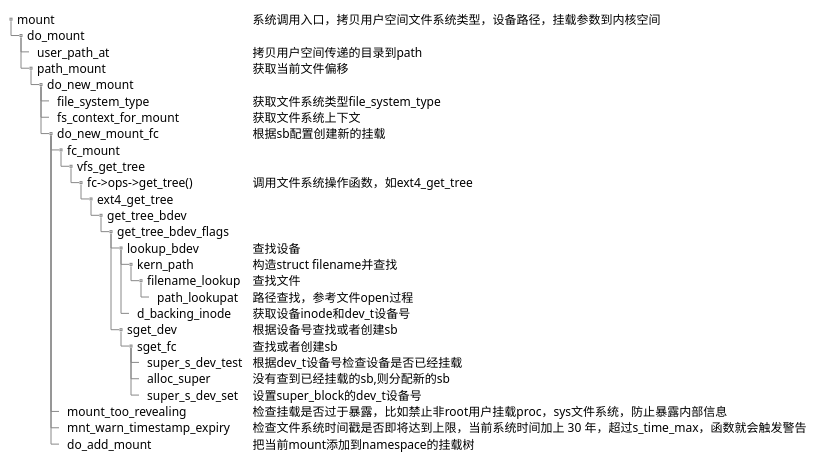
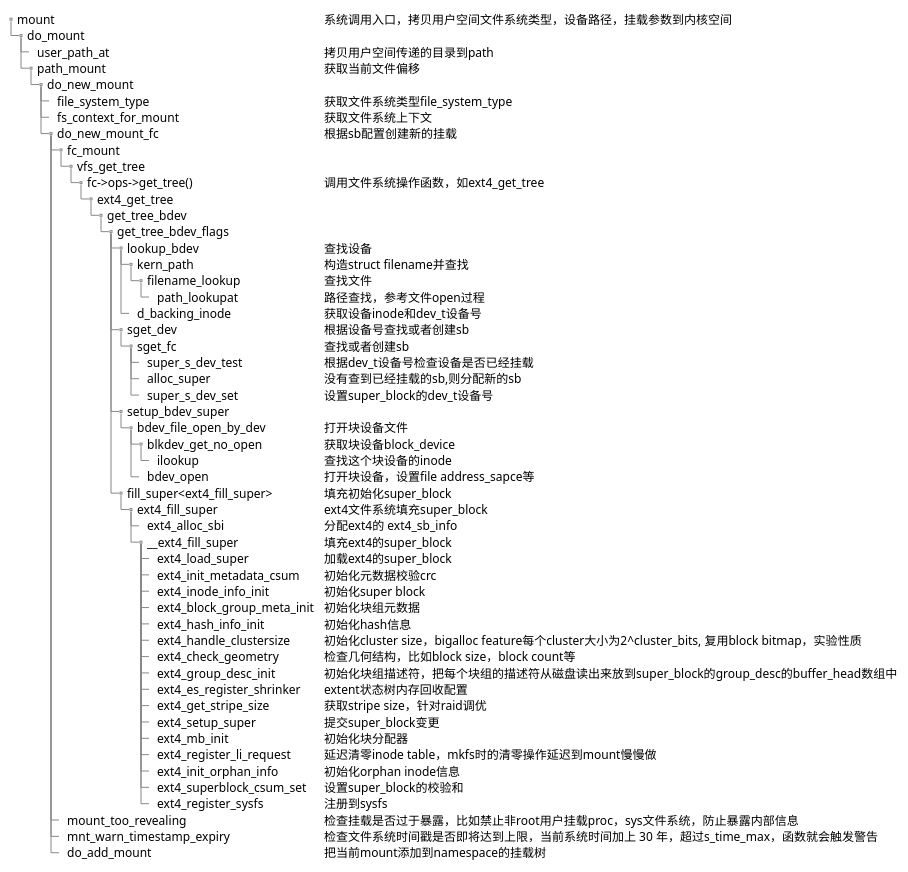
One commit to hml1006/linux-comment changed the fourth of 4 diagrams in notes/fs.md. Above: the diagram before and after it, drawn with PlantUML. The commit also changed other lines of this file and 2 other files, not shown here.

````diff
--- a/notes/fs.md
+++ b/notes/fs.md
@@ -234,35 +413,60 @@
 ```plantuml
 @startsalt
 {{T
 + mount | 系统调用入口，拷贝用户空间文件系统类型，设备路径，挂载参数到内核空间
 ++ do_mount
 +++ user_path_at    | 拷贝用户空间传递的目录到path
 +++ path_mount | 获取当前文件偏移
 ++++ do_new_mount
 +++++ file_system_type | 获取文件系统类型file_system_type
 +++++ fs_context_for_mount | 获取文件系统上下文
 +++++ do_new_mount_fc   | 根据sb配置创建新的挂载
 ++++++ fc_mount
 +++++++ vfs_get_tree
 ++++++++ fc->ops->get_tree()    | 调用文件系统操作函数，如ext4_get_tree
 +++++++++ ext4_get_tree
 ++++++++++ get_tree_bdev
 +++++++++++ get_tree_bdev_flags
 ++++++++++++ lookup_bdev    | 查找设备
 +++++++++++++ kern_path | 构造struct filename并查找
 ++++++++++++++ filename_lookup | 查找文件
 +++++++++++++++ path_lookupat | 路径查找，参考文件open过程
 +++++++++++++ d_backing_inode | 获取设备inode和dev_t设备号
 ++++++++++++ sget_dev       | 根据设备号查找或者创建sb
 +++++++++++++ sget_fc       | 查找或者创建sb
 ++++++++++++++ super_s_dev_test | 根据dev_t设备号检查设备是否已经挂载
 ++++++++++++++ alloc_super | 没有查到已经挂载的sb,则分配新的sb
 ++++++++++++++ super_s_dev_set | 设置super_block的dev_t设备号
+++++++++++++ setup_bdev_super
++++++++++++++ bdev_file_open_by_dev | 打开块设备文件
+++++++++++++++ blkdev_get_no_open   | 获取块设备block_device
++++++++++++++++ ilookup  | 查找这个块设备的inode
+++++++++++++++ bdev_open    | 打开块设备，设置file address_sapce等
+++++++++++++ fill_super<ext4_fill_super> | 填充初始化super_block
++++++++++++++ ext4_fill_super   | ext4文件系统填充super_block
+++++++++++++++ ext4_alloc_sbi | 分配ext4的 ext4_sb_info
+++++++++++++++ __ext4_fill_super | 填充ext4的super_block
++++++++++++++++ ext4_load_super | 加载ext4的super_block
++++++++++++++++ ext4_init_metadata_csum | 初始化元数据校验crc
++++++++++++++++ ext4_inode_info_init    | 初始化super block
++++++++++++++++ ext4_block_group_meta_init | 初始化块组元数据
++++++++++++++++ ext4_hash_info_init | 初始化hash信息
++++++++++++++++ ext4_handle_clustersize | 初始化cluster size，bigalloc feature每个cluster大小为2^cluster_bits, 复用block bitmap，实验性质
++++++++++++++++ ext4_check_geometry | 检查几何结构，比如block size，block count等
++++++++++++++++ ext4_group_desc_init | 初始化块组描述符，把每个块组的描述符从磁盘读出来放到super_block的group_desc的buffer_head数组中
++++++++++++++++ ext4_es_register_shrinker | extent状态树内存回收配置
++++++++++++++++ ext4_get_stripe_size | 获取stripe size，针对raid调优
++++++++++++++++ ext4_setup_super | 提交super_block变更
++++++++++++++++ ext4_mb_init | 初始化块分配器
++++++++++++++++ ext4_register_li_request | 延迟清零inode table，mkfs时的清零操作延迟到mount慢慢做
++++++++++++++++ ext4_init_orphan_info | 初始化orphan inode信息
++++++++++++++++ ext4_superblock_csum_set | 设置super_block的校验和
++++++++++++++++ ext4_register_sysfs | 注册到sysfs
 ++++++ mount_too_revealing  | 检查挂载是否过于暴露，比如禁止非root用户挂载proc，sys文件系统，防止暴露内部信息
 ++++++ mnt_warn_timestamp_expiry    | 检查文件系统时间戳是否即将达到上限，当前系统时间加上 30 年，超过s_time_max，函数就会触发警告
 ++++++ do_add_mount | 把当前mount添加到namespace的挂载树
 }}
 
 
 @endsalt
 ```
````
